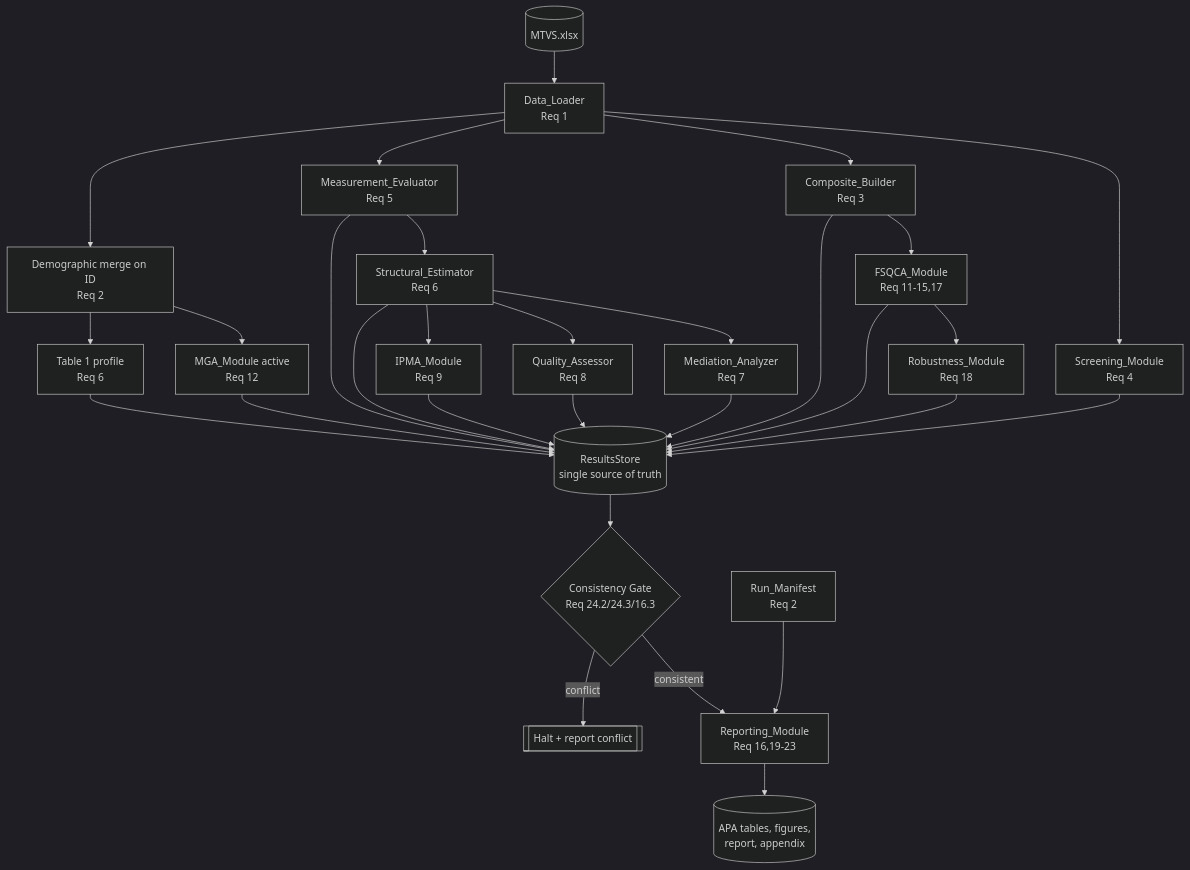
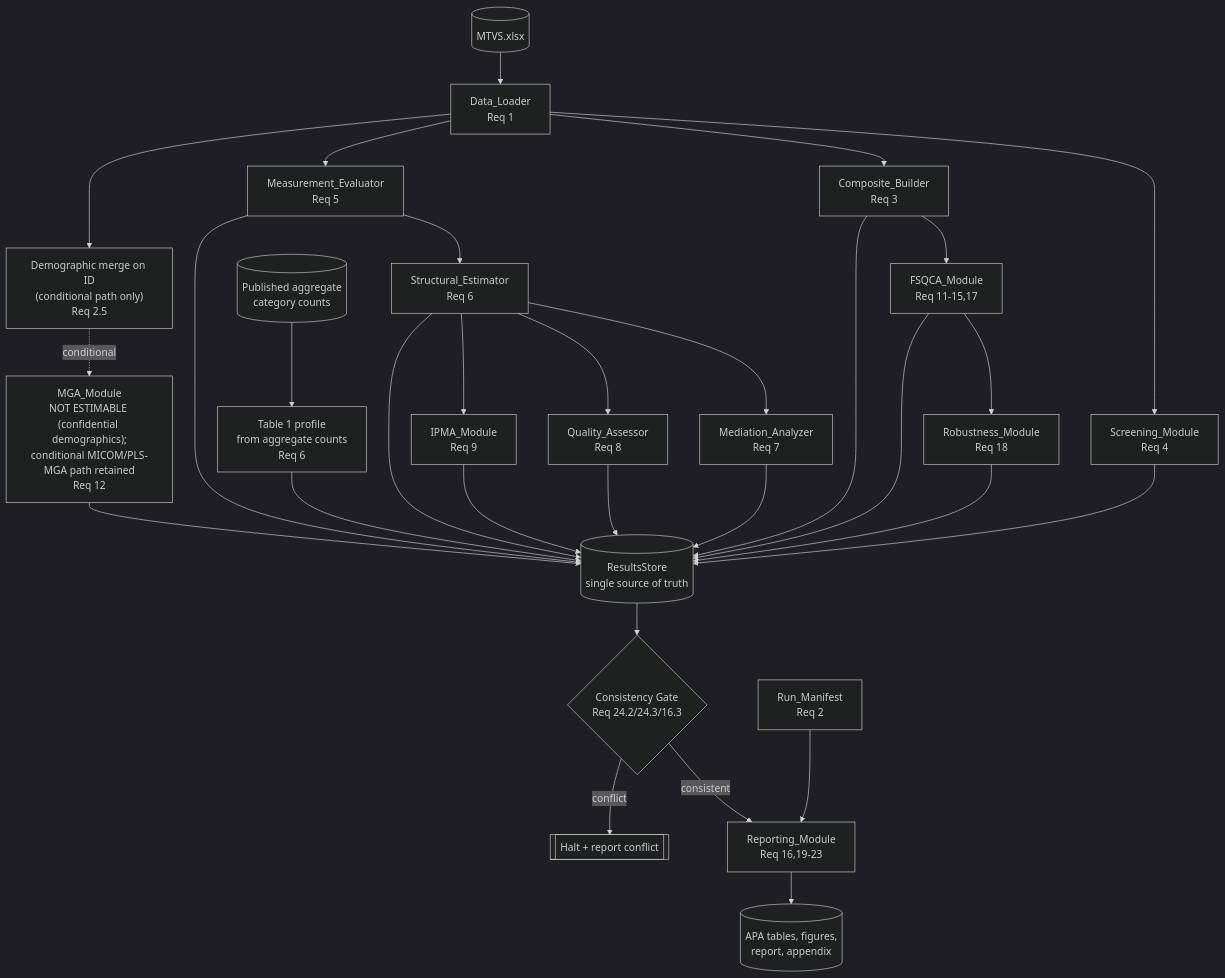
One commit to augury-2/BSRS changed the diagram in .kiro/specs/mtvs-pls-sem-fsqca-analysis/design.md. Above: the diagram before and after it, drawn with Mermaid (dark theme). The commit also changed other lines of this file and 3 other files, not shown here.

Commit message:
Mark MGA not estimable (confidential demographics); add runnable R implementation appendix

````diff
--- a/.kiro/specs/mtvs-pls-sem-fsqca-analysis/design.md
+++ b/.kiro/specs/mtvs-pls-sem-fsqca-analysis/design.md
@@ -48,32 +49,32 @@
 ```mermaid
 graph TD
     XLSX[("MTVS.xlsx")] --> DL[Data_Loader<br/>Req 1]
     DL --> SCR[Screening_Module<br/>Req 4]
     DL --> CB[Composite_Builder<br/>Req 3]
     DL --> ME[Measurement_Evaluator<br/>Req 5]
     ME --> SE[Structural_Estimator<br/>Req 6]
     SE --> MED[Mediation_Analyzer<br/>Req 7]
     SE --> QA[Quality_Assessor<br/>Req 8]
     SE --> IPMA[IPMA_Module<br/>Req 9]
-    DL --> DM["Demographic merge on ID<br/>Req 2"]
-    DM --> MGA["MGA_Module active<br/>Req 12"]
-    DM --> TBL1["Table 1 profile<br/>Req 6"]
+    DL --> DM["Demographic merge on ID<br/>(conditional path only)<br/>Req 2.5"]
+    DM -.->|conditional| MGA["MGA_Module<br/>NOT ESTIMABLE (confidential demographics);<br/>conditional MICOM/PLS-MGA path retained<br/>Req 12"]
+    AGG[("Published aggregate<br/>category counts")] --> TBL1["Table 1 profile<br/>from aggregate counts<br/>Req 6"]
     CB --> FSQCA[FSQCA_Module<br/>Req 11-15,17]
     FSQCA --> ROB[Robustness_Module<br/>Req 18]
     SCR --> RS[(ResultsStore<br/>single source of truth)]
     CB --> RS
     ME --> RS
     SE --> RS
     MED --> RS
     QA --> RS
     IPMA --> RS
     MGA --> RS
     TBL1 --> RS
     FSQCA --> RS
     ROB --> RS
     RS --> CG{Consistency Gate<br/>Req 24.2/24.3/16.3}
     CG -->|consistent| REP[Reporting_Module<br/>Req 16,19-23]
     CG -->|conflict| HALT[[Halt + report conflict]]
     MAN[Run_Manifest<br/>Req 2] --> REP
     REP --> OUT[("APA tables, figures,<br/>report, appendix")]
 ```
````
